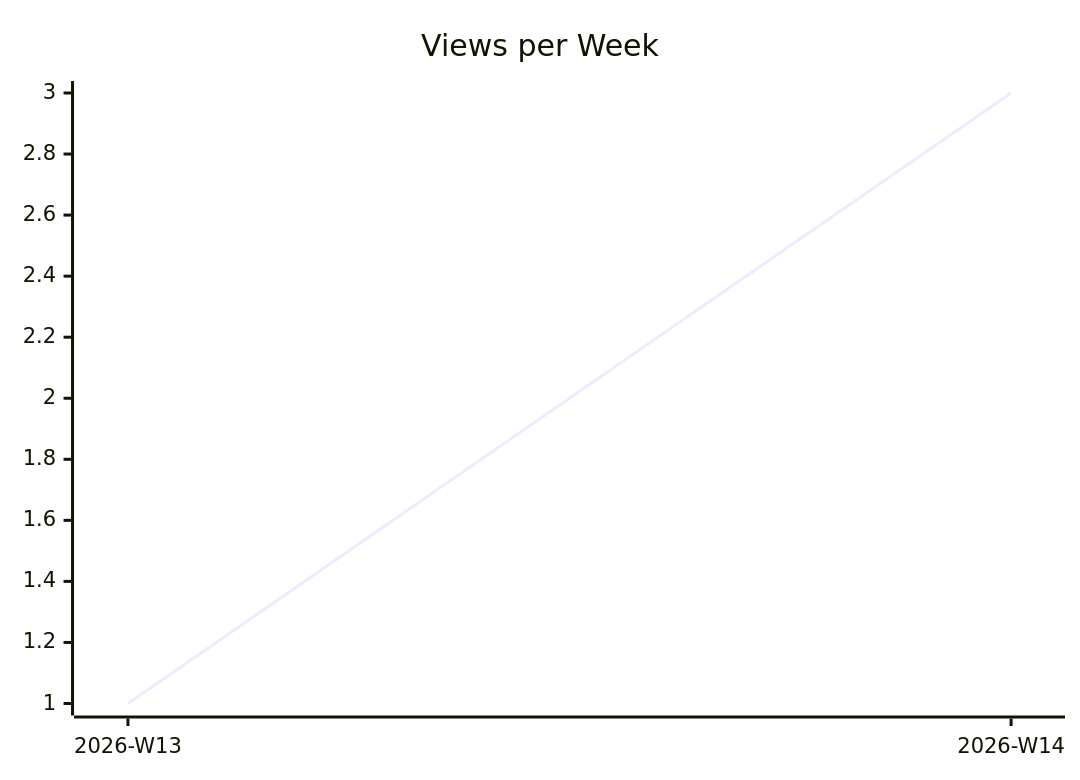
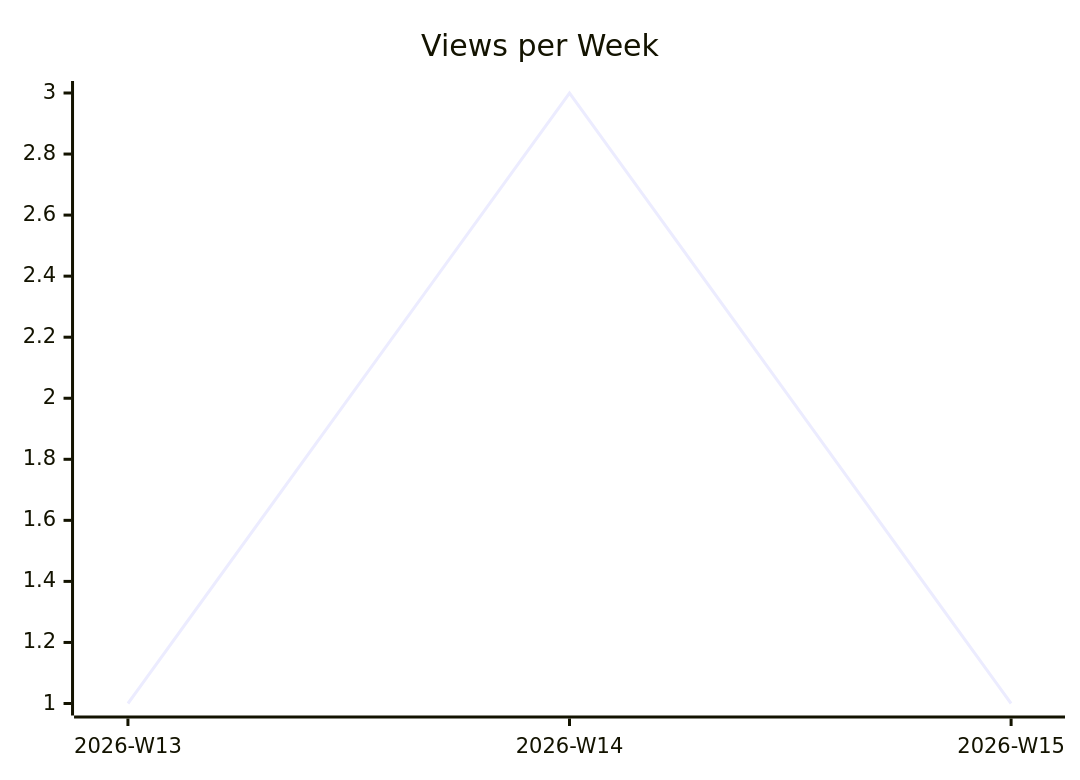
Before and after one commit to justdavis-family/github-analytics-data: the second of 3 diagrams in karlmdavis/fhir-benchmarks/README.md, drawn with Mermaid. The commit also changed other lines of this file and 190 other files, not shown here.

````diff
--- a/karlmdavis/fhir-benchmarks/README.md
+++ b/karlmdavis/fhir-benchmarks/README.md
@@ -12,6 +12,6 @@
 ```mermaid
 xychart-beta
   title "Views per Week"
-  x-axis ["2026-W13", "2026-W14"]
-  line [1, 3]
+  x-axis ["2026-W13", "2026-W14", "2026-W15"]
+  line [1, 3, 1]
 ```
````
